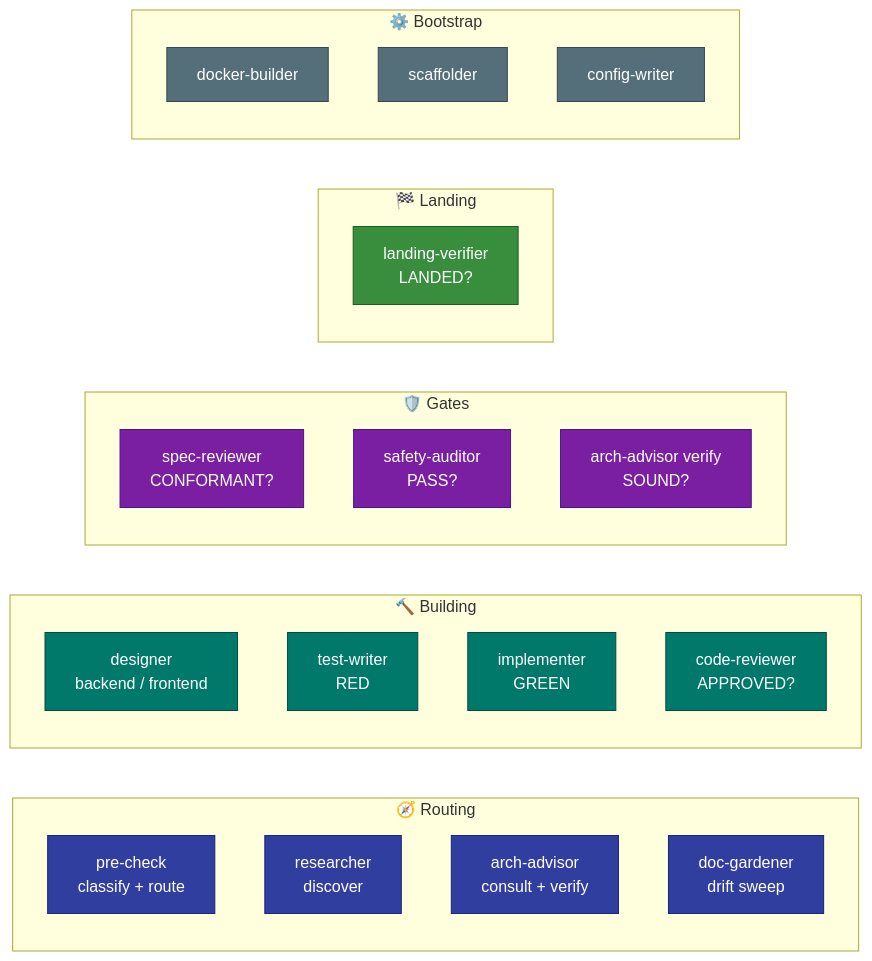
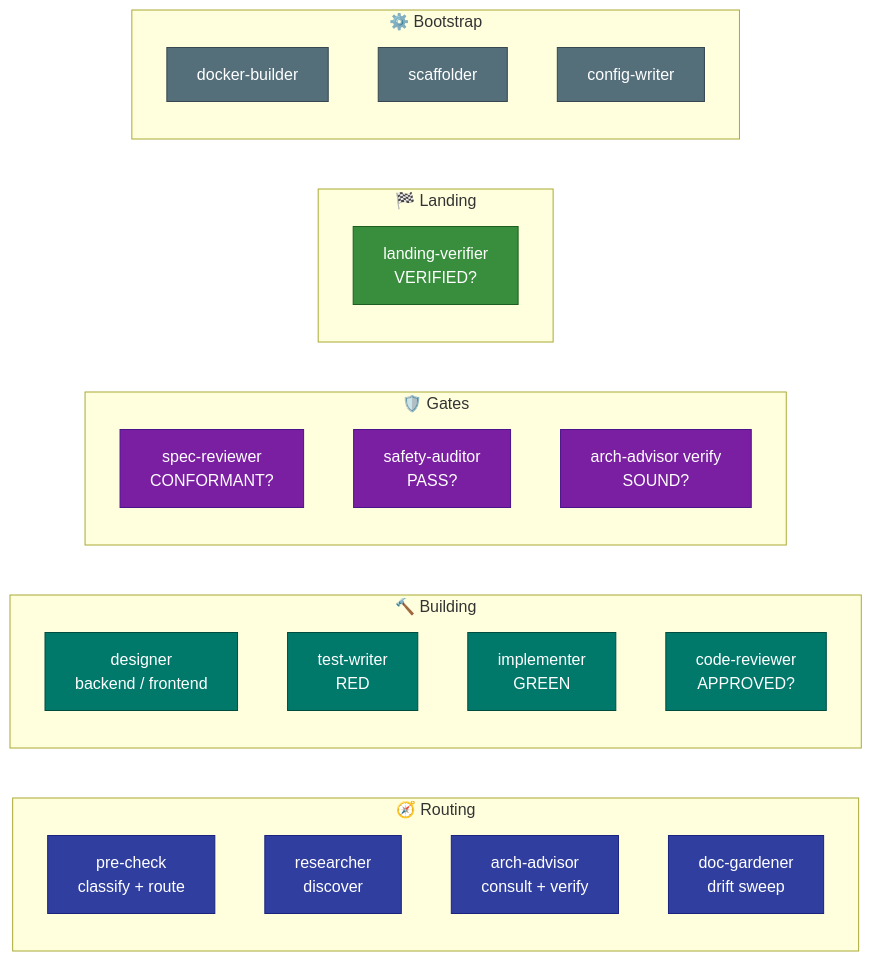
The fifth of 5 diagrams in docs/HOW-IT-WORKS.md (TejGandham/keel), drawn with Mermaid before and after one commit. The commit also changed other lines of this file and 2 other files, not shown here.

````diff
--- a/docs/HOW-IT-WORKS.md
+++ b/docs/HOW-IT-WORKS.md
@@ -198,48 +208,48 @@
 ```mermaid
 graph LR
     subgraph "🧭 Routing"
         PC2[pre-check<br/>classify + route]
         RS[researcher<br/>discover]
         OR[arch-advisor<br/>consult + verify]
         DG[doc-gardener<br/>drift sweep]
     end
 
     subgraph "🔨 Building"
         DE[designer<br/>backend / frontend]
         TW2[test-writer<br/>RED]
         IM[implementer<br/>GREEN]
         CR2[code-reviewer<br/>APPROVED?]
     end
 
     subgraph "🛡️ Gates"
         SR2[spec-reviewer<br/>CONFORMANT?]
         SA2[safety-auditor<br/>PASS?]
         OV2[arch-advisor verify<br/>SOUND?]
     end
 
     subgraph "🏁 Landing"
-        PL2[landing-verifier<br/>LANDED?]
+        PL2[landing-verifier<br/>VERIFIED?]
     end
 
     subgraph "⚙️ Bootstrap"
         DB[docker-builder]
         SC[scaffolder]
         CW[config-writer]
     end
 
     style PC2 fill:#303F9F,stroke:#1A237E,color:#fff
     style RS fill:#303F9F,stroke:#1A237E,color:#fff
     style OR fill:#303F9F,stroke:#1A237E,color:#fff
     style DG fill:#303F9F,stroke:#1A237E,color:#fff
     style DE fill:#00796B,stroke:#004D40,color:#fff
     style TW2 fill:#00796B,stroke:#004D40,color:#fff
     style IM fill:#00796B,stroke:#004D40,color:#fff
     style CR2 fill:#00796B,stroke:#004D40,color:#fff
     style SR2 fill:#7B1FA2,stroke:#4A148C,color:#fff
     style SA2 fill:#7B1FA2,stroke:#4A148C,color:#fff
     style OV2 fill:#7B1FA2,stroke:#4A148C,color:#fff
     style PL2 fill:#388E3C,stroke:#1B5E20,color:#fff
     style DB fill:#546E7A,stroke:#37474F,color:#fff
     style SC fill:#546E7A,stroke:#37474F,color:#fff
     style CW fill:#546E7A,stroke:#37474F,color:#fff
 ```
````
